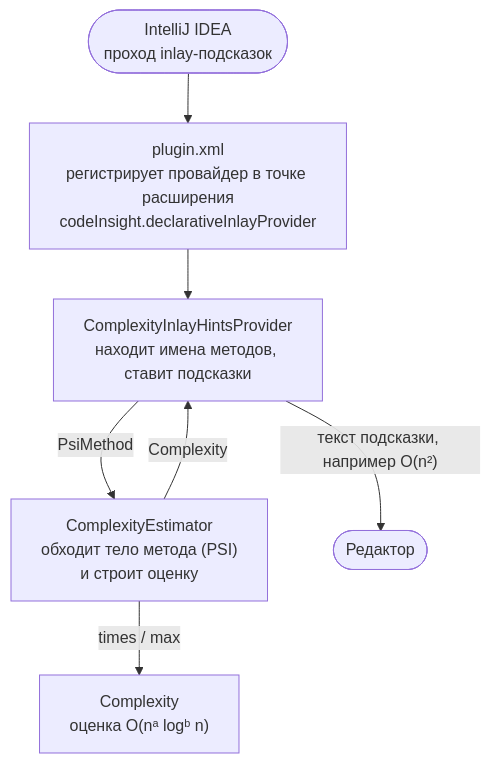
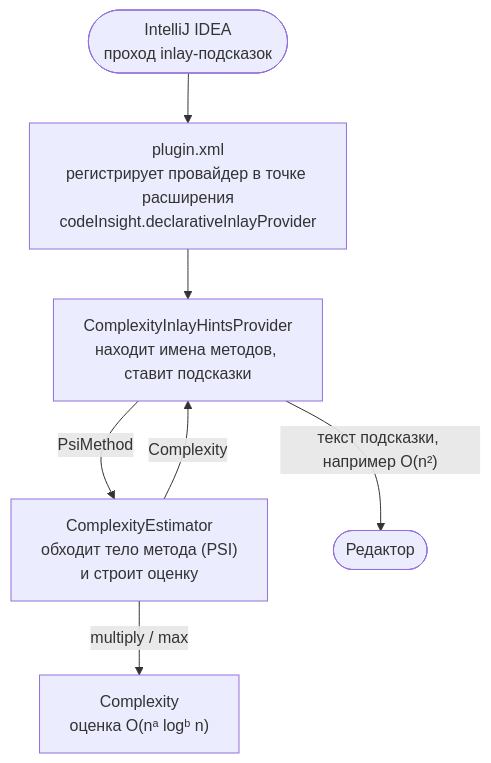
The first of 3 diagrams in README.md (StanislavYaroslavtsev/itmo-sdt-lab-mini-big-o), drawn with Mermaid before and after one commit. The commit also changed other lines of this file and 3 other files, not shown here.

Commit message:
refactor: times() -> multiply(), remove outdated comments

````diff
--- a/README.md
+++ b/README.md
@@ -56,9 +56,9 @@
 ```mermaid
 flowchart TB
     ide(["IntelliJ IDEA<br/>проход inlay-подсказок"]) --> xml["plugin.xml<br/>регистрирует провайдер в точке расширения<br/>codeInsight.declarativeInlayProvider"]
     xml --> provider["ComplexityInlayHintsProvider<br/>находит имена методов, ставит подсказки"]
     provider -- "PsiMethod" --> estimator["ComplexityEstimator<br/>обходит тело метода (PSI)<br/>и строит оценку"]
-    estimator -- "times / max" --> complexity["Complexity<br/>оценка O(nᵃ logᵇ n)"]
+    estimator -- "multiply / max" --> complexity["Complexity<br/>оценка O(nᵃ logᵇ n)"]
     estimator -- "Complexity" --> provider
     provider -- "текст подсказки, например O(n²)" --> editor(["Редактор"])
 ```
````
